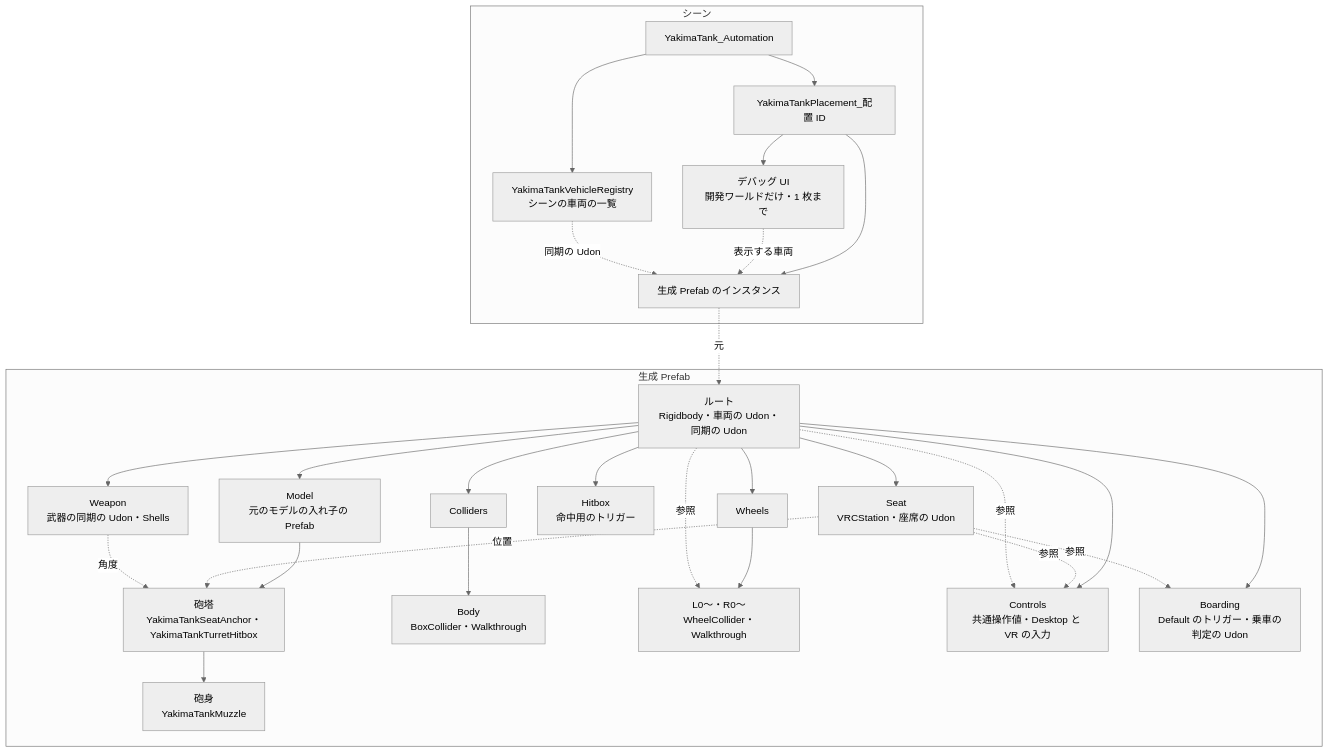
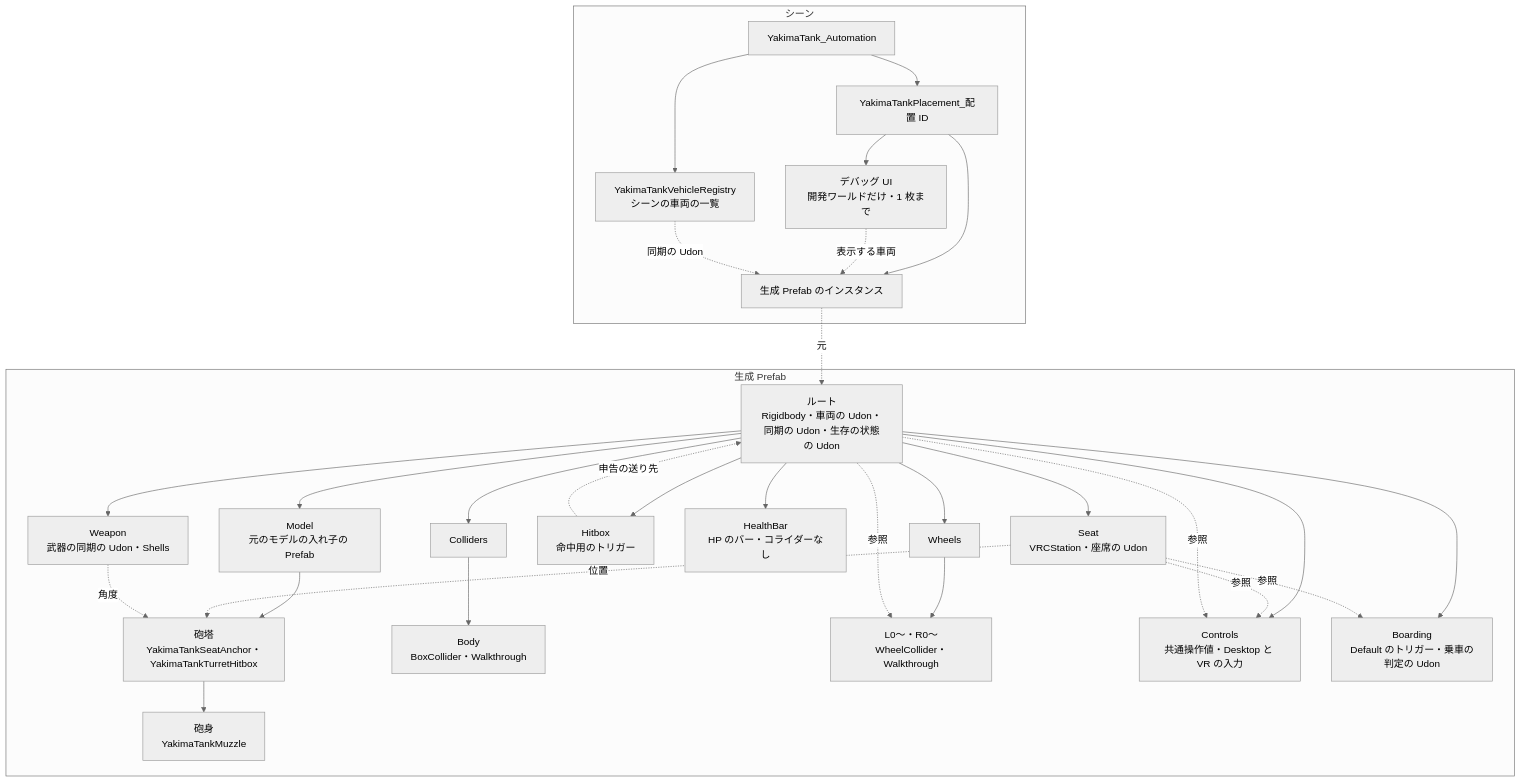
The diagram in Docs/03_Architecture/diagrams/generated-prefab.md (yakimannzyuu/YakimaTank), drawn with Mermaid (neutral theme) before and after one commit. The commit also changed other lines of this file and 9 other files, not shown here.

````diff
--- a/Docs/03_Architecture/diagrams/generated-prefab.md
+++ b/Docs/03_Architecture/diagrams/generated-prefab.md
@@ -5,29 +5,31 @@
 ```mermaid
 flowchart TB
   subgraph scene[シーン]
     root[YakimaTank_Automation] --> holder[YakimaTankPlacement_配置 ID]
     holder --> instance[生成 Prefab のインスタンス]
     holder --> panel[デバッグ UI<br/>開発ワールドだけ・1 枚まで]
     root --> registry[YakimaTankVehicleRegistry<br/>シーンの車両の一覧]
   end
   subgraph prefab[生成 Prefab]
-    top[ルート<br/>Rigidbody・車両の Udon・同期の Udon] --> model[Model<br/>元のモデルの入れ子の Prefab]
+    top[ルート<br/>Rigidbody・車両の Udon・同期の Udon・生存の状態の Udon] --> model[Model<br/>元のモデルの入れ子の Prefab]
     model --> turret[砲塔<br/>YakimaTankSeatAnchor・YakimaTankTurretHitbox] --> barrel[砲身<br/>YakimaTankMuzzle]
     top --> seat[Seat<br/>VRCStation・座席の Udon]
     top --> weapon[Weapon<br/>武器の同期の Udon・Shells]
     top --> hitbox[Hitbox<br/>命中用のトリガー]
+    top --> bar[HealthBar<br/>HP のバー・コライダーなし]
     top --> colliders[Colliders] --> body[Body<br/>BoxCollider・Walkthrough]
     top --> wheels[Wheels] --> wheel[L0〜・R0〜<br/>WheelCollider・Walkthrough]
     top --> controls[Controls<br/>共通操作値・Desktop と VR の入力]
     top --> boarding[Boarding<br/>Default のトリガー・乗車の判定の Udon]
   end
   instance -.元.-> top
   panel -.表示する車両.-> instance
   registry -.同期の Udon.-> instance
   seat -.参照.-> controls
   seat -.位置.-> turret
   weapon -.角度.-> turret
   seat -.参照.-> boarding
   top -.参照.-> wheel
   top -.参照.-> controls
+  hitbox -.申告の送り先.-> top
 ```
````
